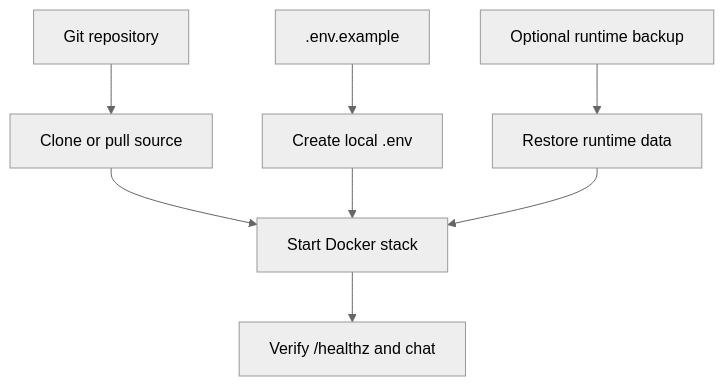
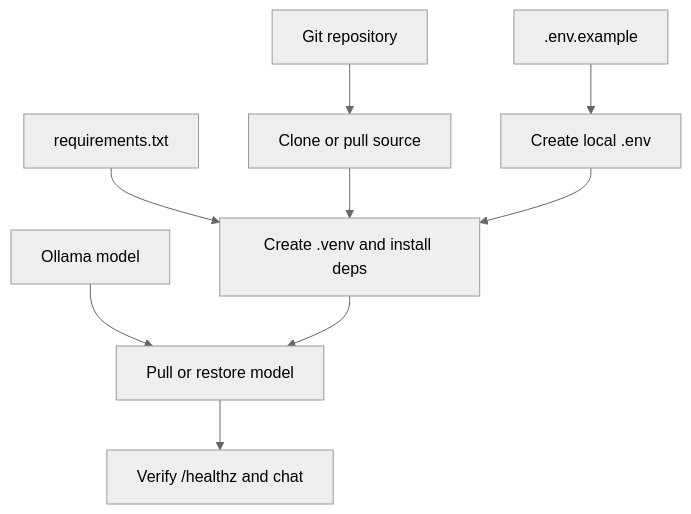
The diagram in docs/graphics/restore-flow.mmd (gmode2020x-tim/local-llm-vm-console), drawn with Mermaid (neutral theme) before and after one commit. The commit also changed 19 other files, not shown here.

```diff
--- a/docs/graphics/restore-flow.mmd
+++ b/docs/graphics/restore-flow.mmd
@@ -1,8 +1,9 @@
 flowchart TD
   git["Git repository"] --> clone["Clone or pull source"]
   env[".env.example"] --> configure["Create local .env"]
-  runtime["Optional runtime backup"] --> restore["Restore runtime data"]
-  clone --> start["Start Docker stack"]
-  configure --> start
-  restore --> start
-  start --> verify["Verify /healthz and chat"]
+  deps["requirements.txt"] --> install["Create .venv and install deps"]
+  model["Ollama model"] --> pull["Pull or restore model"]
+  clone --> install
+  configure --> install
+  install --> pull
+  pull --> verify["Verify /healthz and chat"]
```
